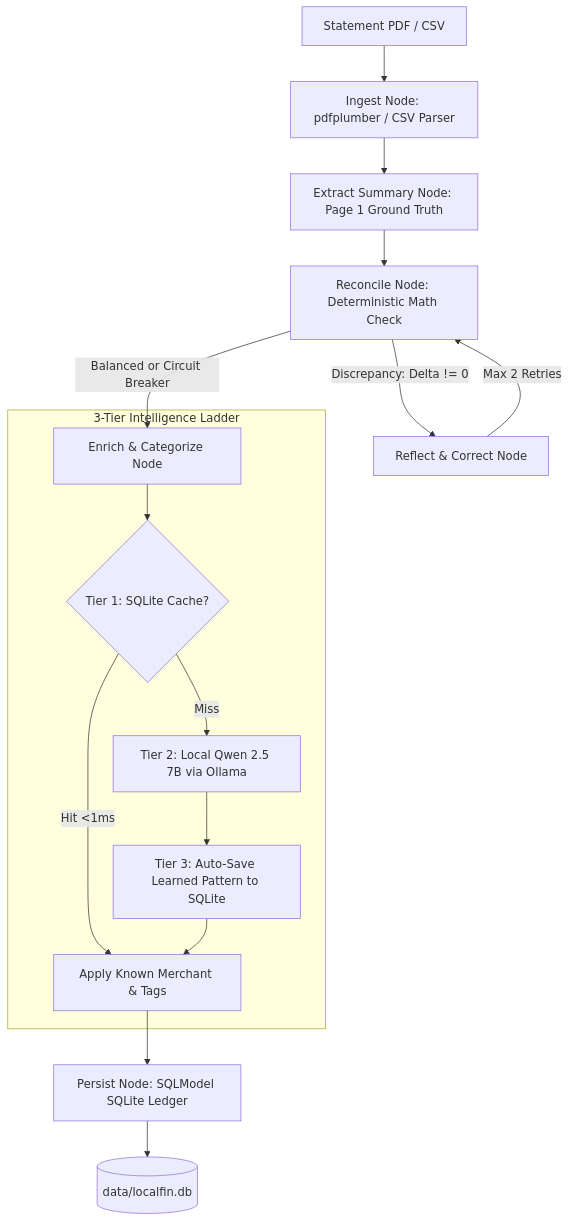
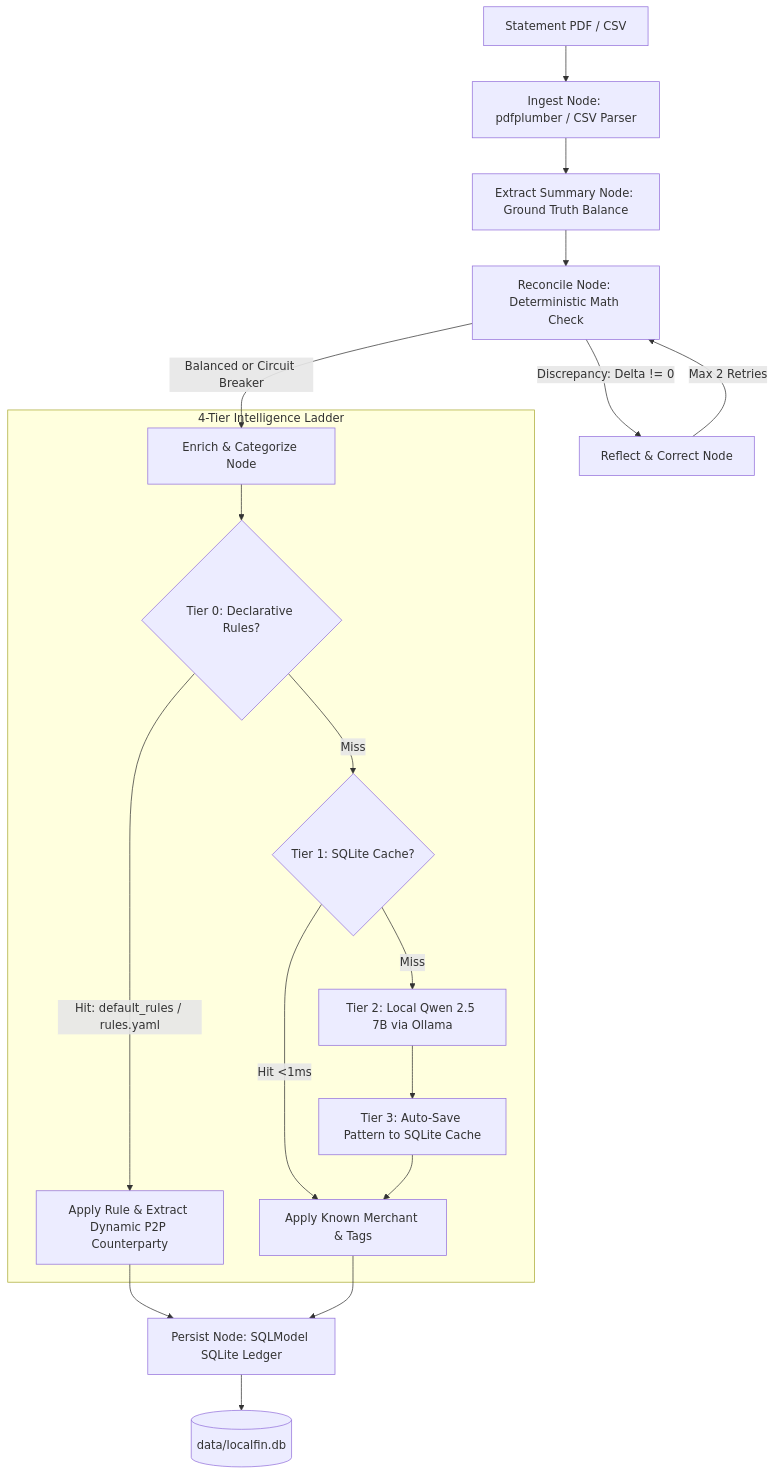
The diagram in README.md (nmhiremath/LocalFIN), drawn with Mermaid before and after one commit. The commit also changed other lines of this file, not shown here.

Commit message:
docs: update README with 4-tier engine, accounting normalization, and test isolation

````diff
--- a/README.md
+++ b/README.md
@@ -29,20 +28,23 @@
 ```mermaid
 flowchart TD
     A[Statement PDF / CSV] --> B[Ingest Node: pdfplumber / CSV Parser]
-    B --> C[Extract Summary Node: Page 1 Ground Truth]
+    B --> C[Extract Summary Node: Ground Truth Balance]
     C --> D[Reconcile Node: Deterministic Math Check]
     D -->|Discrepancy: Delta != 0| E[Reflect & Correct Node]
     E -->|Max 2 Retries| D
     D -->|Balanced or Circuit Breaker| F[Enrich & Categorize Node]
 
-    subgraph "3-Tier Intelligence Ladder"
-        F --> G{Tier 1: SQLite Cache?}
-        G -->|Hit <1ms| H[Apply Known Merchant & Tags]
-        G -->|Miss| I[Tier 2: Local Qwen 2.5 7B via Ollama]
-        I --> J[Tier 3: Auto-Save Learned Pattern to SQLite]
-        J --> H
+    subgraph "4-Tier Intelligence Ladder"
+        F --> G{Tier 0: Declarative Rules?}
+        G -->|Hit: default_rules / rules.yaml| H[Apply Rule & Extract Dynamic P2P Counterparty]
+        G -->|Miss| I{Tier 1: SQLite Cache?}
+        I -->|Hit <1ms| J[Apply Known Merchant & Tags]
+        I -->|Miss| K[Tier 2: Local Qwen 2.5 7B via Ollama]
+        K --> L[Tier 3: Auto-Save Pattern to SQLite Cache]
+        L --> J
     end
 
-    H --> K[Persist Node: SQLModel SQLite Ledger]
-    K --> L[(data/localfin.db)]
+    H --> M[Persist Node: SQLModel SQLite Ledger]
+    J --> M
+    M --> N[(data/localfin.db)]
 ```
````
